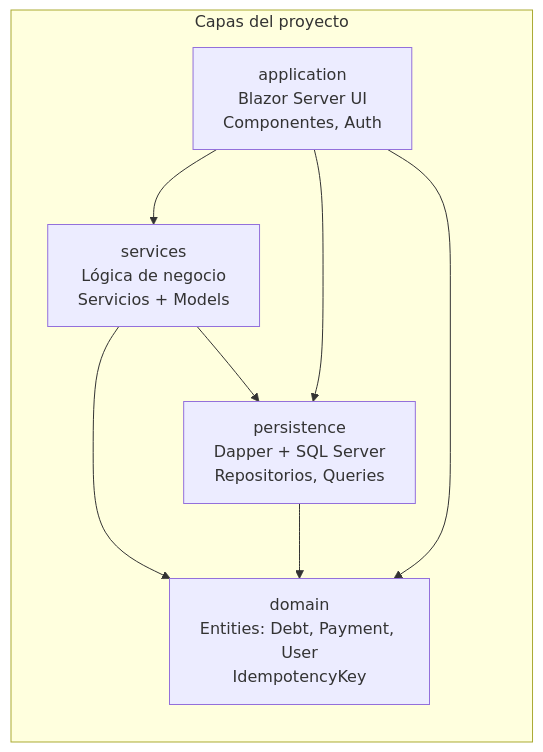
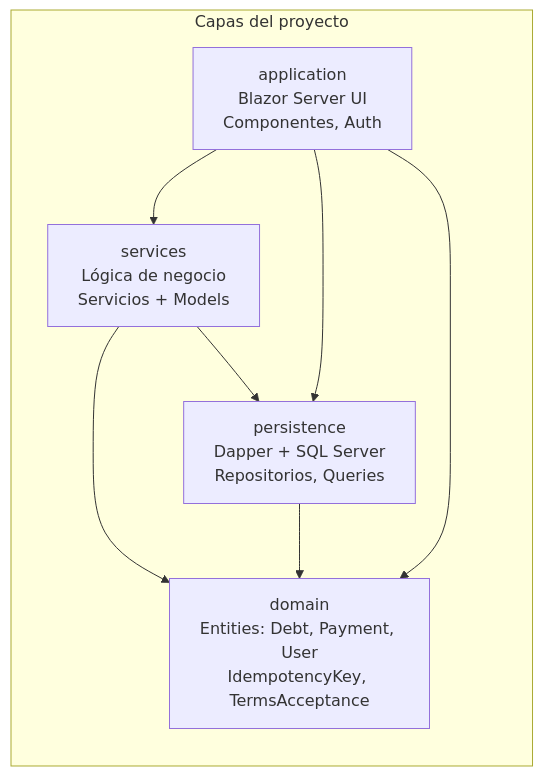
One commit to Reniato00/DebtsApp changed the first of 5 diagrams in AGENTS.md. Above: the diagram before and after it, drawn with Mermaid. The commit also changed other lines of this file and 17 other files, not shown here.

````diff
--- a/AGENTS.md
+++ b/AGENTS.md
@@ -9,17 +9,17 @@
 ```mermaid
 flowchart TD
     subgraph Capas["Capas del proyecto"]
         direction TB
-        DOM["domain\nEntities: Debt, Payment, User\nIdempotencyKey"]
+        DOM["domain\nEntities: Debt, Payment, User\nIdempotencyKey, TermsAcceptance"]
         PER["persistence\nDapper + SQL Server\nRepositorios, Queries"]
         SRV["services\nLógica de negocio\nServicios + Models"]
         UI["application\nBlazor Server UI\nComponentes, Auth"]
     end
 
     PER --> DOM
     SRV --> DOM
     SRV --> PER
     UI --> SRV
     UI --> PER
     UI --> DOM
 ```
````
